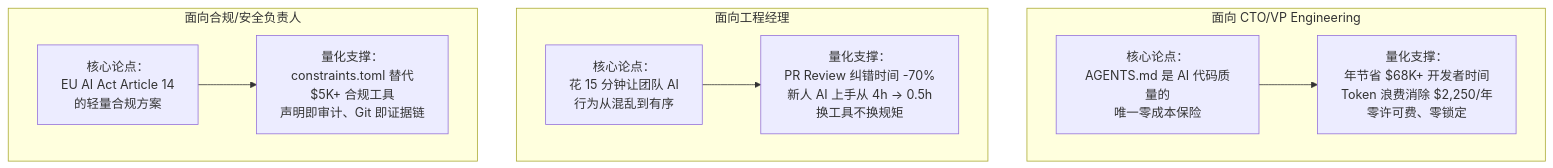
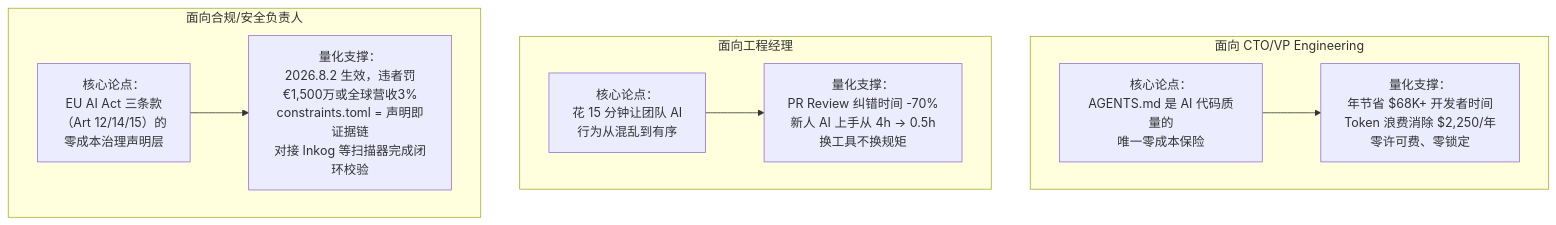
The fourth of 6 diagrams in apps/chaos/docs/tech/agents-md-implementation-roadmap.md (xinetzone/tao), drawn with Mermaid before and after one commit. The commit also changed other lines of this file and 5 other files, not shown here.

Commit message:
docs(tech): document EU AI Act remediation roadmap

````diff
--- a/apps/chaos/docs/tech/agents-md-implementation-roadmap.md
+++ b/apps/chaos/docs/tech/agents-md-implementation-roadmap.md
@@ -687,17 +697,17 @@
 ```mermaid
 flowchart TD
     subgraph "面向 CTO/VP Engineering"
         CTO["核心论点：<br/>AGENTS.md 是 AI 代码质量的<br/>唯一零成本保险"]
         CTO --> CTO_M["量化支撑：<br/>年节省 $68K+ 开发者时间<br/>Token 浪费消除 $2,250/年<br/>零许可费、零锁定"]
     end
 
     subgraph "面向工程经理"
         EM["核心论点：<br/>花 15 分钟让团队 AI<br/>行为从混乱到有序"]
         EM --> EM_M["量化支撑：<br/>PR Review 纠错时间 -70%<br/>新人 AI 上手从 4h → 0.5h<br/>换工具不换规矩"]
     end
 
     subgraph "面向合规/安全负责人"
-        CS["核心论点：<br/>EU AI Act Article 14<br/>的轻量合规方案"]
-        CS --> CS_M["量化支撑：<br/>constraints.toml 替代<br/>$5K+ 合规工具<br/>声明即审计、Git 即证据链"]
+        CS["核心论点：<br/>EU AI Act 三条款<br/>（Art 12/14/15）的<br/>零成本治理声明层"]
+        CS --> CS_M["量化支撑：<br/>2026.8.2 生效，违者罚<br/>€1,500万或全球营收3%<br/>constraints.toml = 声明即证据链<br/>对接 Inkog 等扫描器完成闭环校验"]
     end
 ```
````
